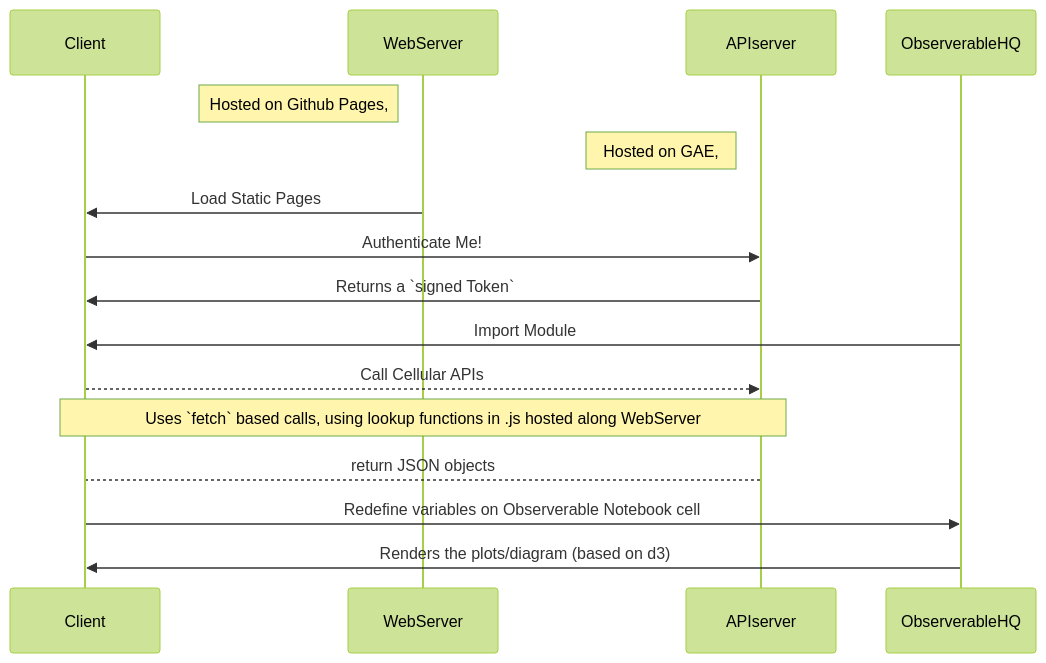
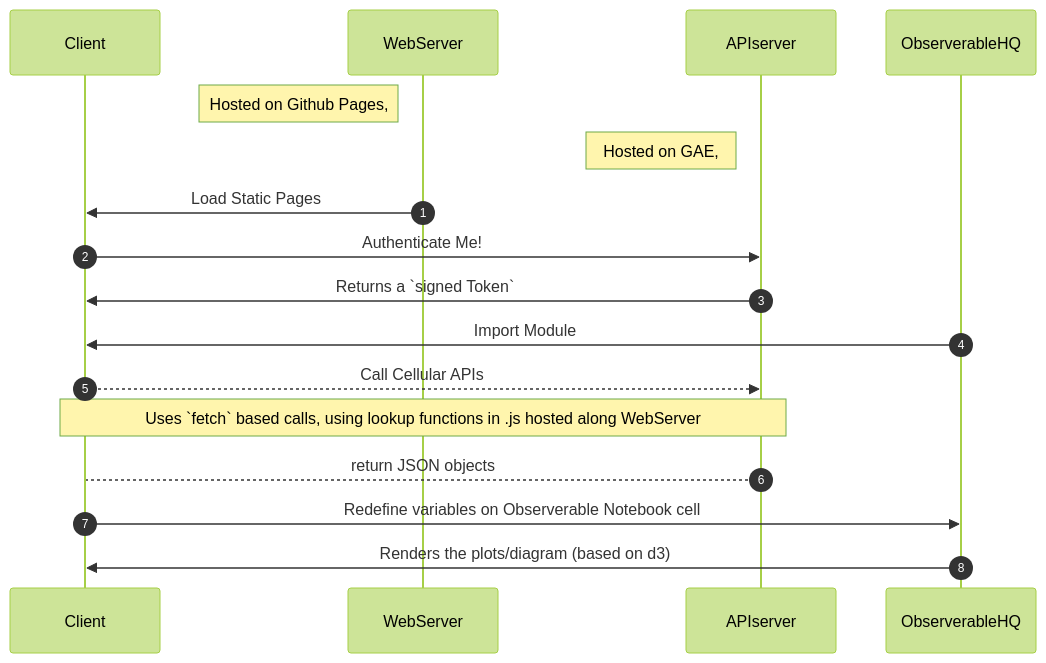
Before and after one commit to wiless/wiless.github.io: the diagram in _tutorial/writingapiservice.md, drawn with Mermaid (forest theme).

```diff
--- a/_tutorial/writingapiservice.md
+++ b/_tutorial/writingapiservice.md
@@ -13,19 +13,20 @@
 <div class="mermaid">
 sequenceDiagram
+    autonumber
     participant Client
     participant WebServer
     participant APIserver    
     participant ObserverableHQ
     Note left of WebServer: Hosted on Github Pages, #jekyl semantic-ui 
     Note left of APIserver: Hosted on GAE, #golang
     WebServer->>Client: Load Static Pages    
     Client->>APIserver: Authenticate Me!    
     APIserver->>Client: Returns a `signed Token`
     ObserverableHQ->>Client: Import Module
     Client-->>APIserver: Call Cellular APIs 
     Note over Client,APIserver: Uses `fetch` based calls, using lookup functions in .js hosted along WebServer 
     APIserver-->Client:  return JSON objects
     Client->>ObserverableHQ: Redefine variables on Observerable Notebook cell
     ObserverableHQ->>Client: Renders the plots/diagram (based on d3)    
 
 </div>
```
